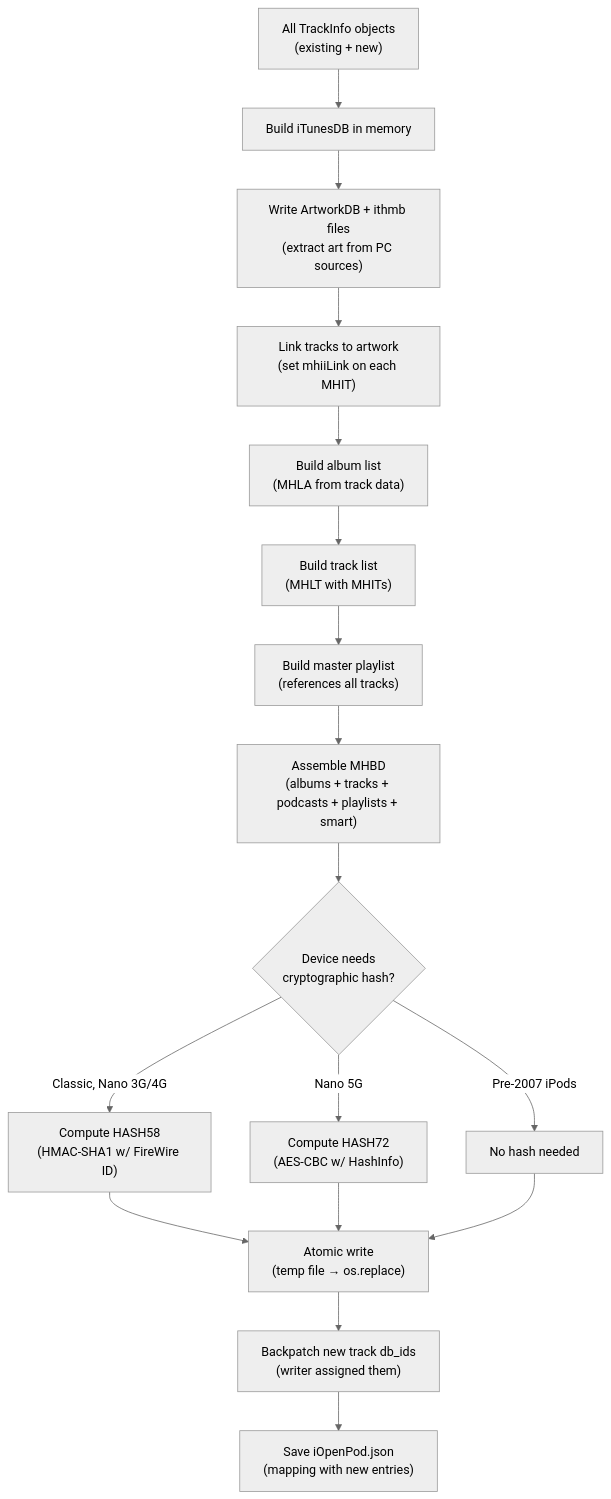
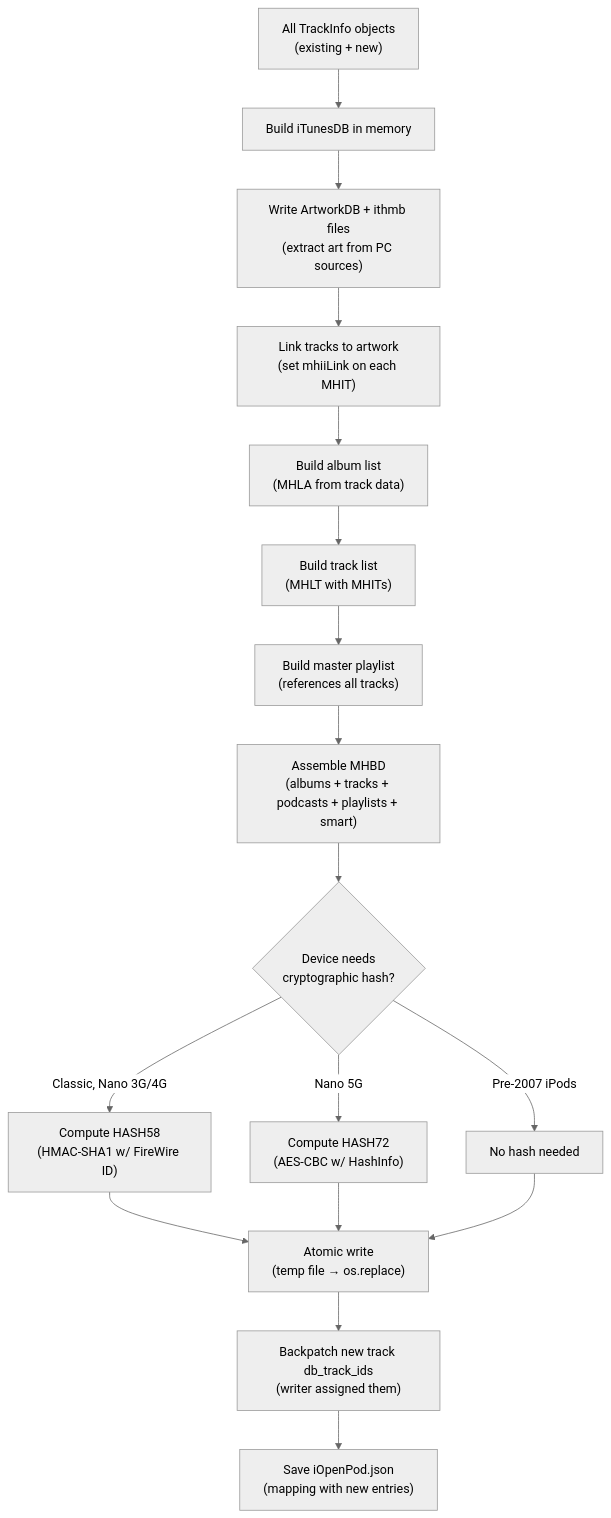
One commit to B0N3head/iOpenPod-Performance changed the seventh of 9 diagrams in docs/SYNC.md. Above: the diagram before and after it, drawn with Mermaid (neutral theme). The commit also changed other lines of this file and 9 other files, not shown here.

````diff
--- a/docs/SYNC.md
+++ b/docs/SYNC.md
@@ -429,20 +429,20 @@
 ```mermaid
 flowchart TD
     ALL["All TrackInfo objects\n(existing + new)"] --> BUILD["Build iTunesDB in memory"]
     BUILD --> ARTWORK["Write ArtworkDB + ithmb files\n(extract art from PC sources)"]
     ARTWORK --> LINK["Link tracks to artwork\n(set mhiiLink on each MHIT)"]
     LINK --> ALBUMS["Build album list\n(MHLA from track data)"]
     ALBUMS --> TRACKS["Build track list\n(MHLT with MHITs)"]
     TRACKS --> PLAYLISTS["Build master playlist\n(references all tracks)"]
     PLAYLISTS --> ASSEMBLE["Assemble MHBD\n(albums + tracks + podcasts + playlists + smart)"]
     ASSEMBLE --> HASH{"Device needs\ncryptographic hash?"}
     HASH -- "Pre-2007 iPods" --> NONE["No hash needed"]
     HASH -- "Classic, Nano 3G/4G" --> HASH58["Compute HASH58\n(HMAC-SHA1 w/ FireWire ID)"]
     HASH -- "Nano 5G" --> HASH72["Compute HASH72\n(AES-CBC w/ HashInfo)"]
     HASH58 --> WRITE
     HASH72 --> WRITE
     NONE --> WRITE
     WRITE["Atomic write\n(temp file → os.replace)"]
-    WRITE --> BACKPATCH["Backpatch new track db_ids\n(writer assigned them)"]
+    WRITE --> BACKPATCH["Backpatch new track db_track_ids\n(writer assigned them)"]
     BACKPATCH --> SAVE_MAP["Save iOpenPod.json\n(mapping with new entries)"]
 ```
````
